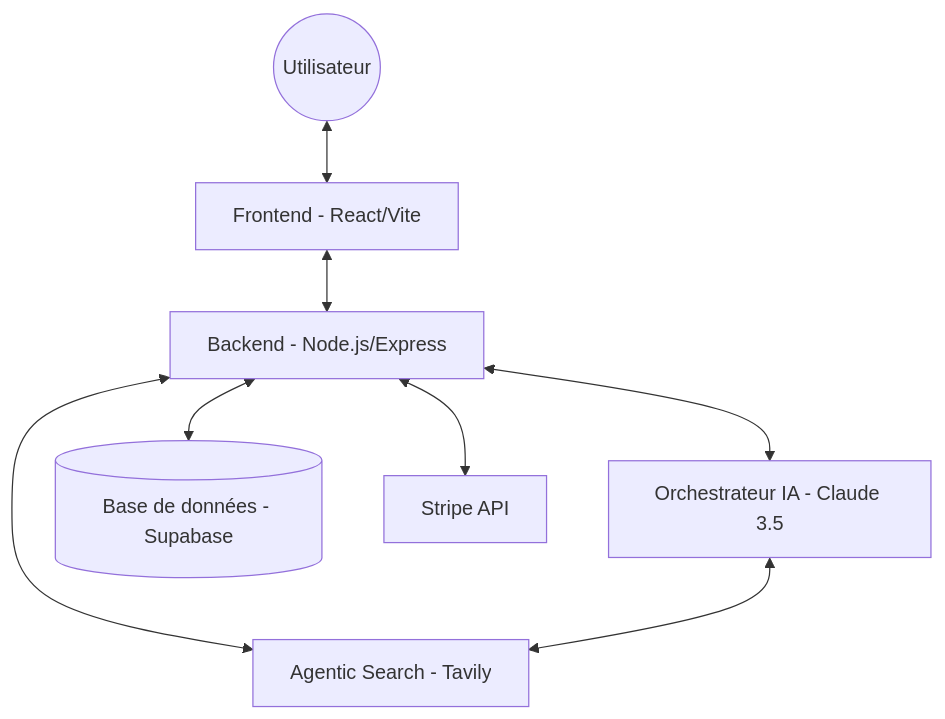
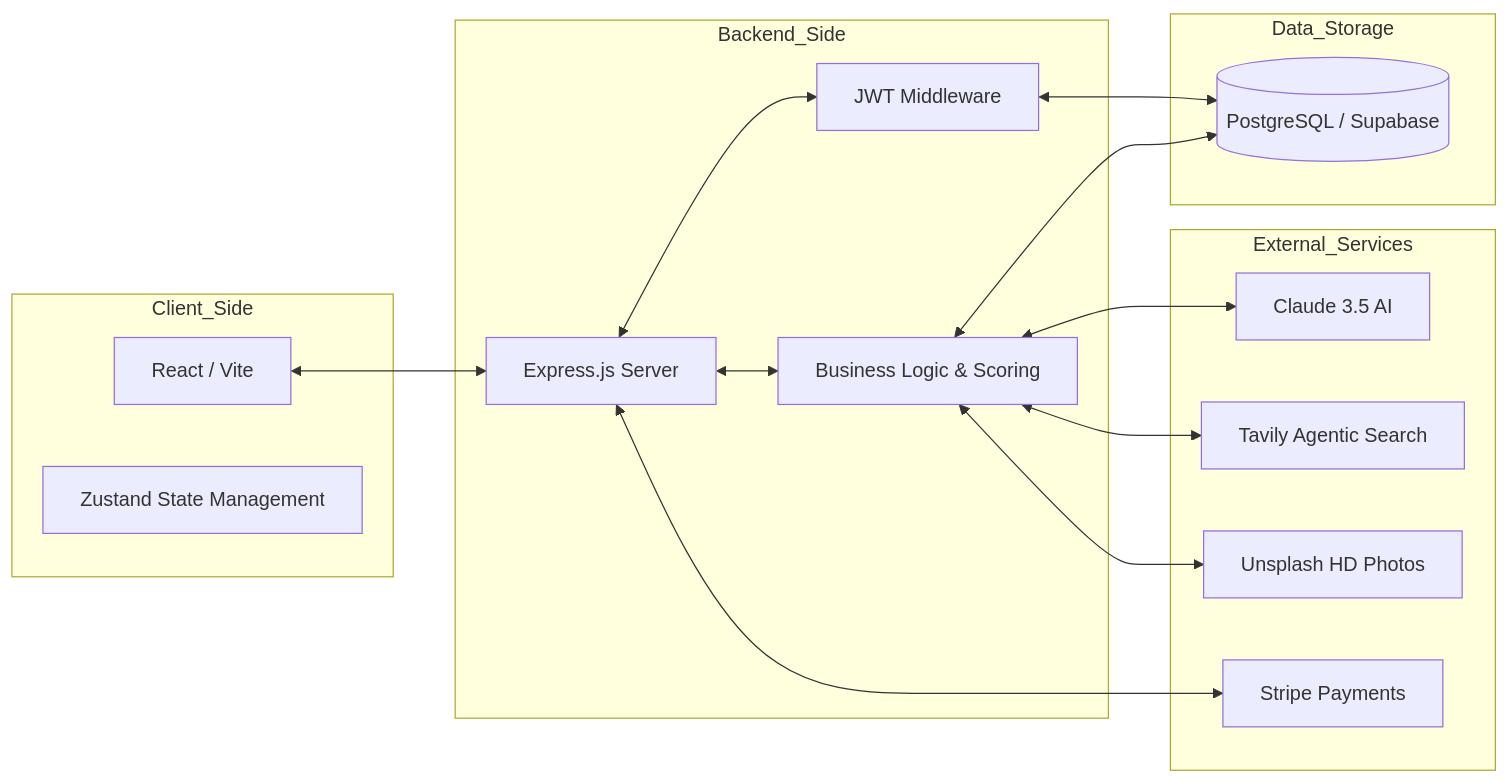
One commit to loties1533/tripgenie changed the first of 4 diagrams in docs/PORTFOLIO_TECH_DOC.md. Above: the diagram before and after it, drawn with Mermaid. The commit also changed other lines of this file, not shown here.

````diff
--- a/docs/PORTFOLIO_TECH_DOC.md
+++ b/docs/PORTFOLIO_TECH_DOC.md
@@ -24,10 +23,34 @@
 ```mermaid
-graph TD
-    User((Utilisateur)) <--> Client[Frontend - React/Vite]
-    Client <--> Server[Backend - Node.js/Express]
-    Server <--> AI[Orchestrateur IA - Claude 3.5]
-    Server <--> Web[Agentic Search - Tavily]
-    Server <--> DB[(Base de données - Supabase)]
-    Server <--> Pay[Stripe API]
-    AI <--> Web
+graph LR
+    subgraph Client_Side
+        React[React / Vite]
+        Zustand[Zustand State Management]
+    end
+
+    subgraph Backend_Side
+        Express[Express.js Server]
+        Auth[JWT Middleware]
+        Logic[Business Logic & Scoring]
+    end
+
+    subgraph External_Services
+        Claude[Claude 3.5 AI]
+        Tavily[Tavily Agentic Search]
+        Unsplash[Unsplash HD Photos]
+        Stripe[Stripe Payments]
+    end
+
+    subgraph Data_Storage
+        Supabase[(PostgreSQL / Supabase)]
+    end
+
+    React <--> Express
+    Express <--> Auth
+    Express <--> Logic
+    Logic <--> Claude
+    Logic <--> Tavily
+    Logic <--> Unsplash
+    Express <--> Stripe
+    Auth <--> Supabase
+    Logic <--> Supabase
 ```
````
